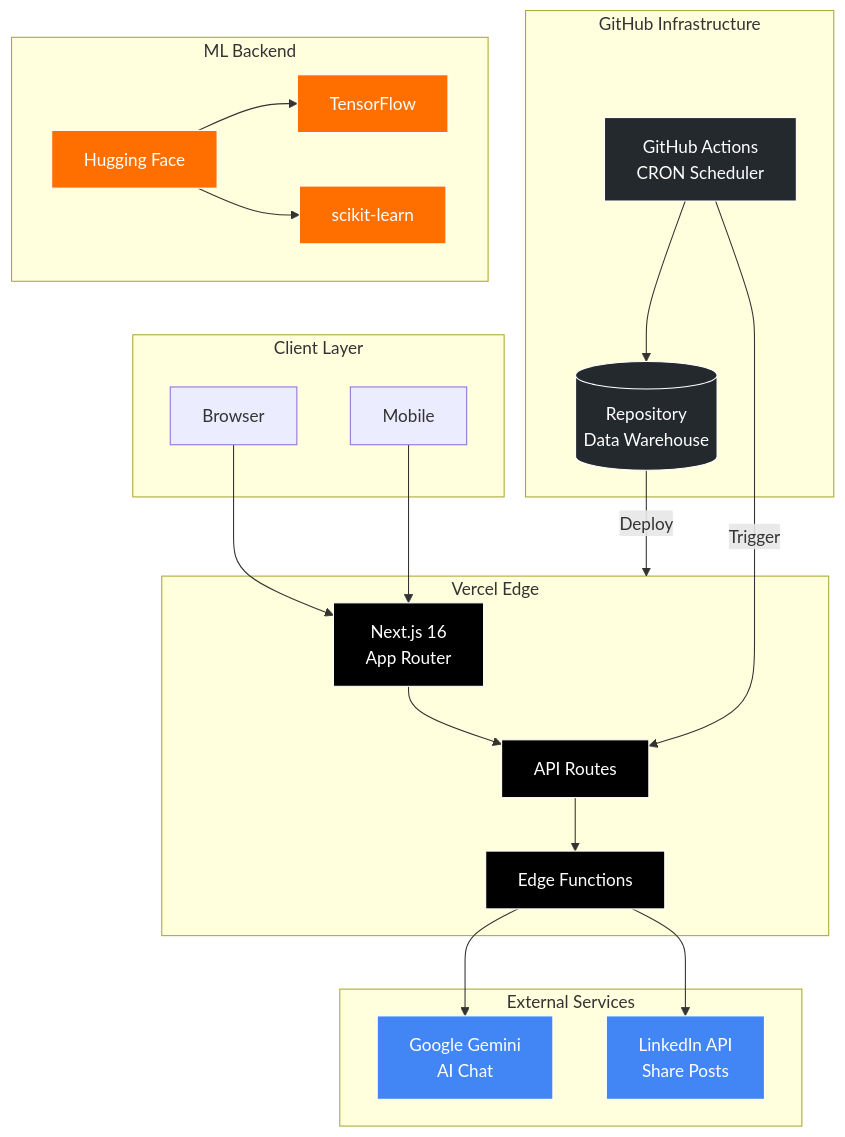
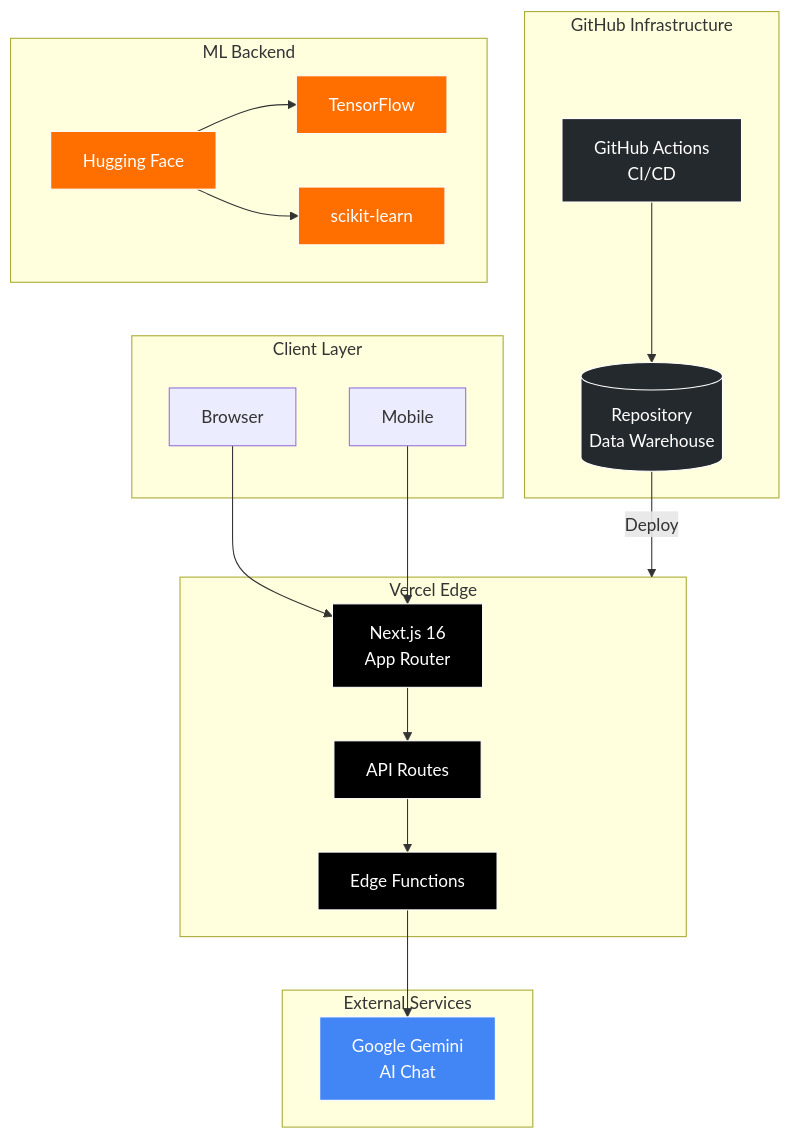
Before and after one commit to thomas-to-bcheme/thomas-to-bcheme: the second of 9 diagrams in README.md, drawn with Mermaid. The commit also changed other lines of this file and 95 other files, not shown here.

````diff
--- a/README.md
+++ b/README.md
@@ -19,49 +72,46 @@
 ```mermaid
 flowchart TB
     subgraph Client["Client Layer"]
         Browser[Browser]
         Mobile[Mobile]
     end
 
     subgraph Vercel["Vercel Edge"]
         NextJS[Next.js 16<br/>App Router]
         API[API Routes]
         Edge[Edge Functions]
     end
 
     subgraph Services["External Services"]
         Gemini[Google Gemini<br/>AI Chat]
-        LinkedIn[LinkedIn API<br/>Share Posts]
     end
 
     subgraph GitHub["GitHub Infrastructure"]
-        Actions[GitHub Actions<br/>CRON Scheduler]
+        Actions[GitHub Actions<br/>CI/CD]
         Repo[(Repository<br/>Data Warehouse)]
     end
 
     subgraph ML["ML Backend"]
         HF[Hugging Face]
         TF[TensorFlow]
         SKL[scikit-learn]
     end
 
     Browser & Mobile --> NextJS
     NextJS --> API
     API --> Edge
     Edge --> Gemini
-    Edge --> LinkedIn
-    Actions -->|Trigger| API
     Actions --> Repo
     Repo -->|Deploy| Vercel
     HF --> TF & SKL
 
     classDef vercel fill:#000,stroke:#fff,color:#fff
     classDef github fill:#24292e,stroke:#fff,color:#fff
     classDef service fill:#4285f4,stroke:#fff,color:#fff
     classDef ml fill:#ff6f00,stroke:#fff,color:#fff
 
     class NextJS,API,Edge vercel
     class Actions,Repo github
-    class Gemini,LinkedIn service
+    class Gemini service
     class HF,TF,SKL ml
 ```
````
